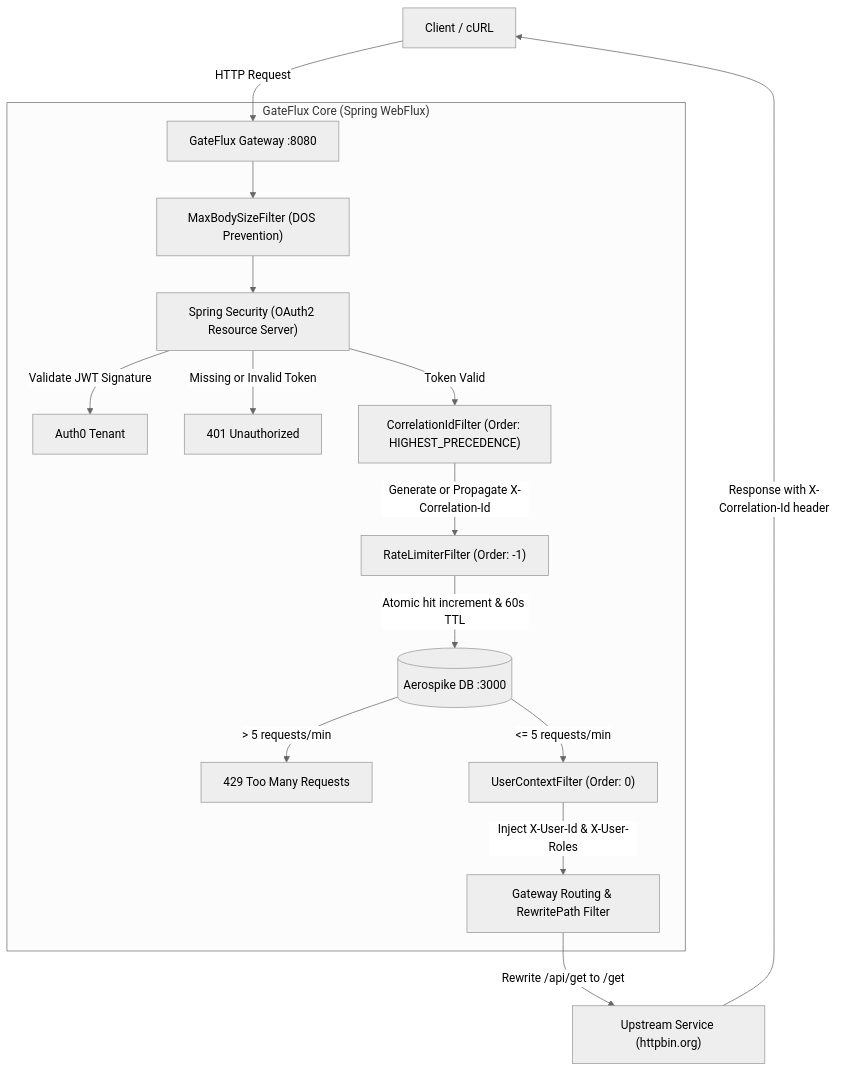
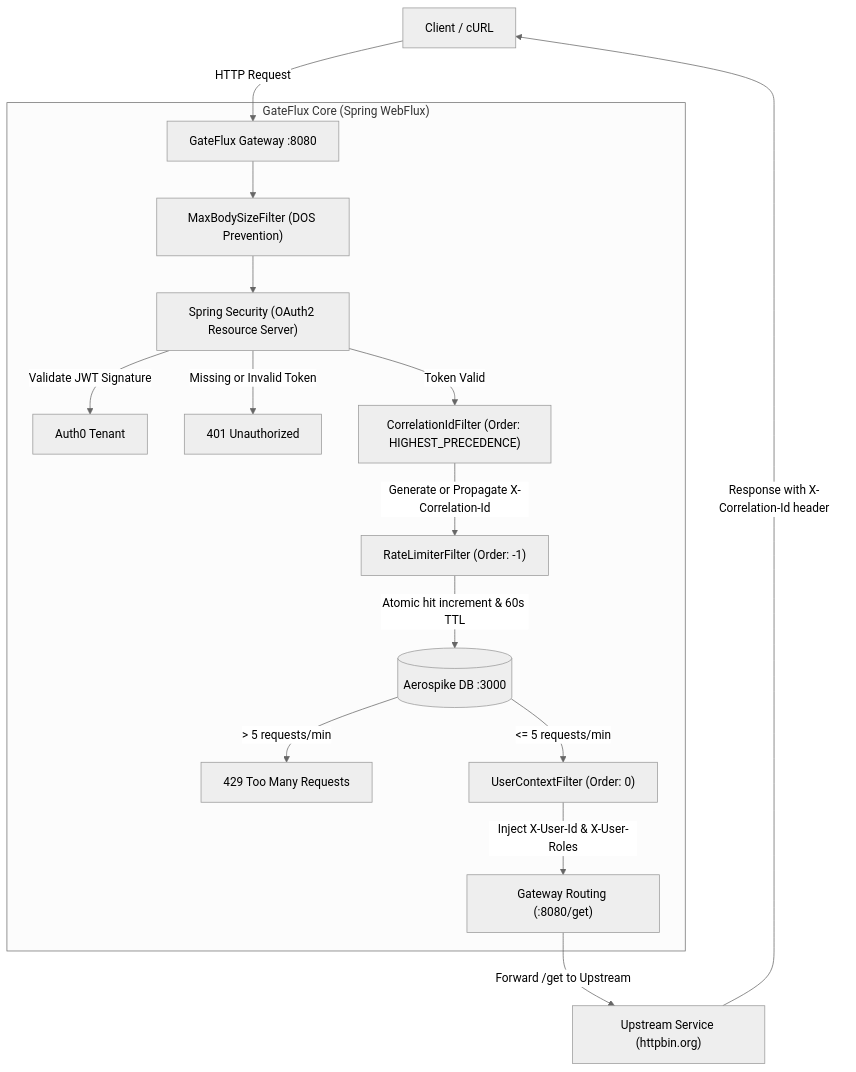
The diagram in java/gateflux/gateflux/README.md (vineet-motwani/backend_projects), drawn with Mermaid (neutral theme) before and after one commit. The commit also changed other lines of this file and 7 other files, not shown here.

Commit message:
refactor: remove /api prefix and route /get directly without rewrite filter

````diff
--- a/java/gateflux/gateflux/README.md
+++ b/java/gateflux/gateflux/README.md
@@ -11,23 +11,23 @@
 ```mermaid
 flowchart TD
     Client["Client / cURL"] -->|HTTP Request| Gateway["GateFlux Gateway :8080"]
 
     subgraph GateFlux ["GateFlux Core (Spring WebFlux)"]
         Gateway --> MaxBody["MaxBodySizeFilter (DOS Prevention)"]
         MaxBody --> Sec["Spring Security (OAuth2 Resource Server)"]
         Sec -->|Validate JWT Signature| Auth0["Auth0 Tenant"]
         
         Sec -->|Missing or Invalid Token| Resp401["401 Unauthorized"]
         Sec -->|Token Valid| Trace["CorrelationIdFilter (Order: HIGHEST_PRECEDENCE)"]
 
         Trace -->|Generate or Propagate X-Correlation-Id| RL["RateLimiterFilter (Order: -1)"]
         RL -->|Atomic hit increment & 60s TTL| Aero[("Aerospike DB :3000")]
         Aero -->|> 5 requests/min| Resp429["429 Too Many Requests"]
         Aero -->|<= 5 requests/min| UserCtx["UserContextFilter (Order: 0)"]
 
-        UserCtx -->|Inject X-User-Id & X-User-Roles| Route["Gateway Routing & RewritePath Filter"]
+        UserCtx -->|Inject X-User-Id & X-User-Roles| Route["Gateway Routing (:8080/get)"]
     end
 
-    Route -->|Rewrite /api/get to /get| Upstream["Upstream Service (httpbin.org)"]
+    Route -->|Forward /get to Upstream| Upstream["Upstream Service (httpbin.org)"]
     Upstream -->|Response with X-Correlation-Id header| Client
 ```
````
